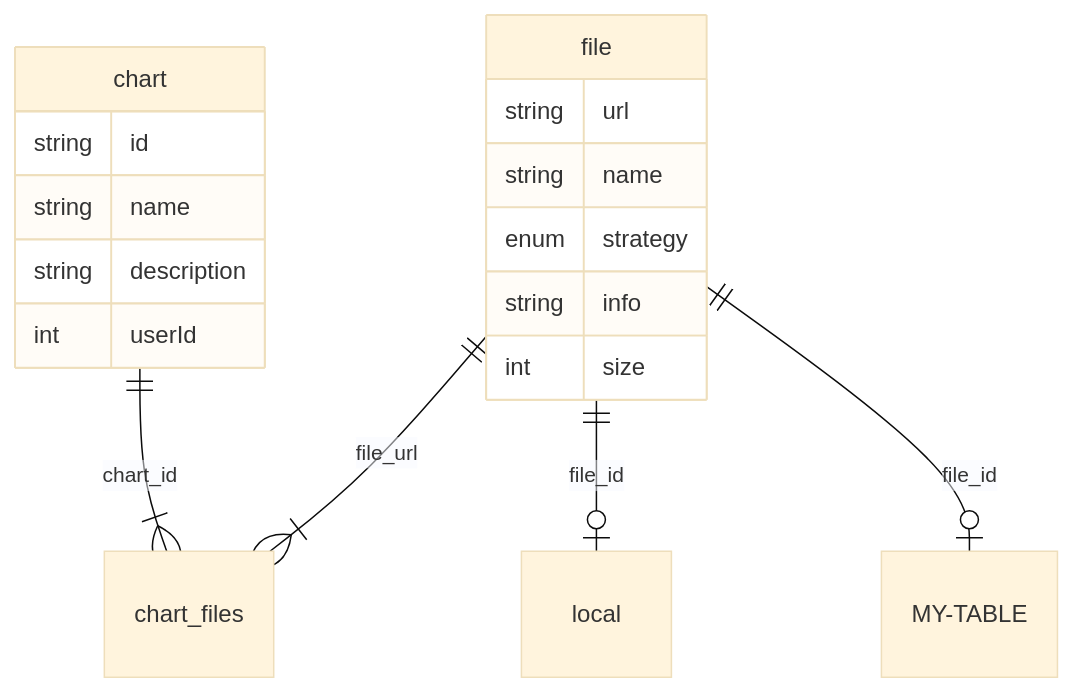
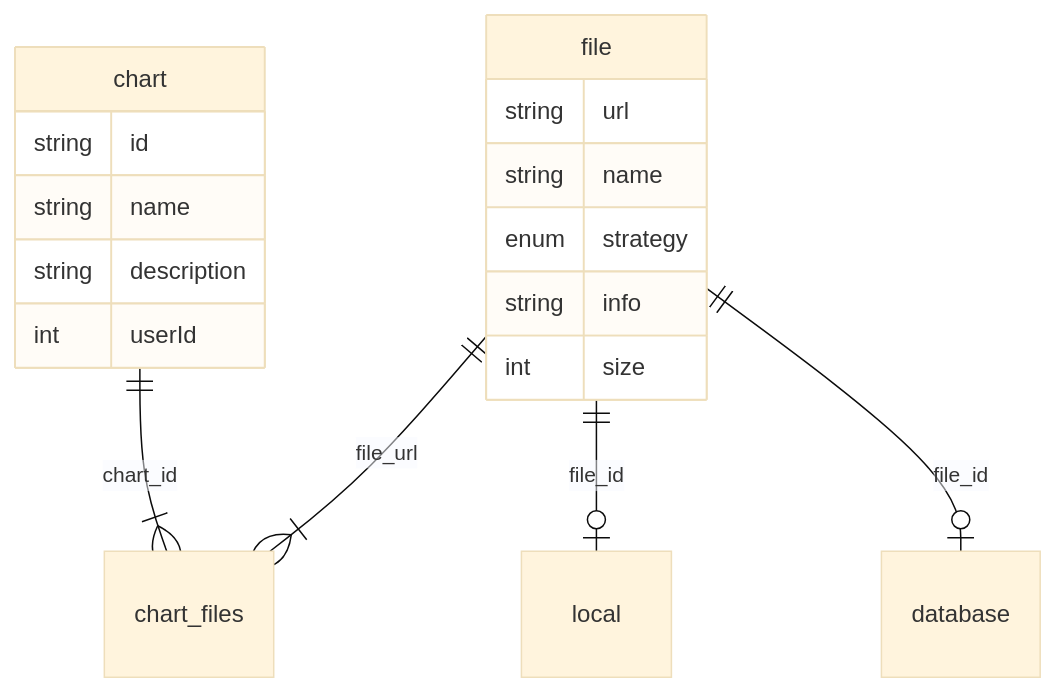
Before and after one commit to awap-12/visualization-server: the diagram in artifacts/serve/README.md, drawn with Mermaid (base theme). The commit also changed other lines of this file and 15 other files, not shown here.

Commit message:
refactor(artifact): fix chart handle logic

````diff
--- a/artifacts/serve/README.md
+++ b/artifacts/serve/README.md
@@ -12,20 +14,20 @@
 ```mermaid
 erDiagram
 	chart ||--|{ chart_files: chart_id
 	chart {
 		string id
 		string name
 		string description
 		int userId
 	}
 	file ||--|{ chart_files: file_url
 	file {
 		string url
 		string name
 		enum strategy
 		string info
 		int size
 	}
 	file ||--o| local: file_id
-	file ||--o| MY-TABLE: file_id 
+	file ||--o| database: file_id 
 ```
````
